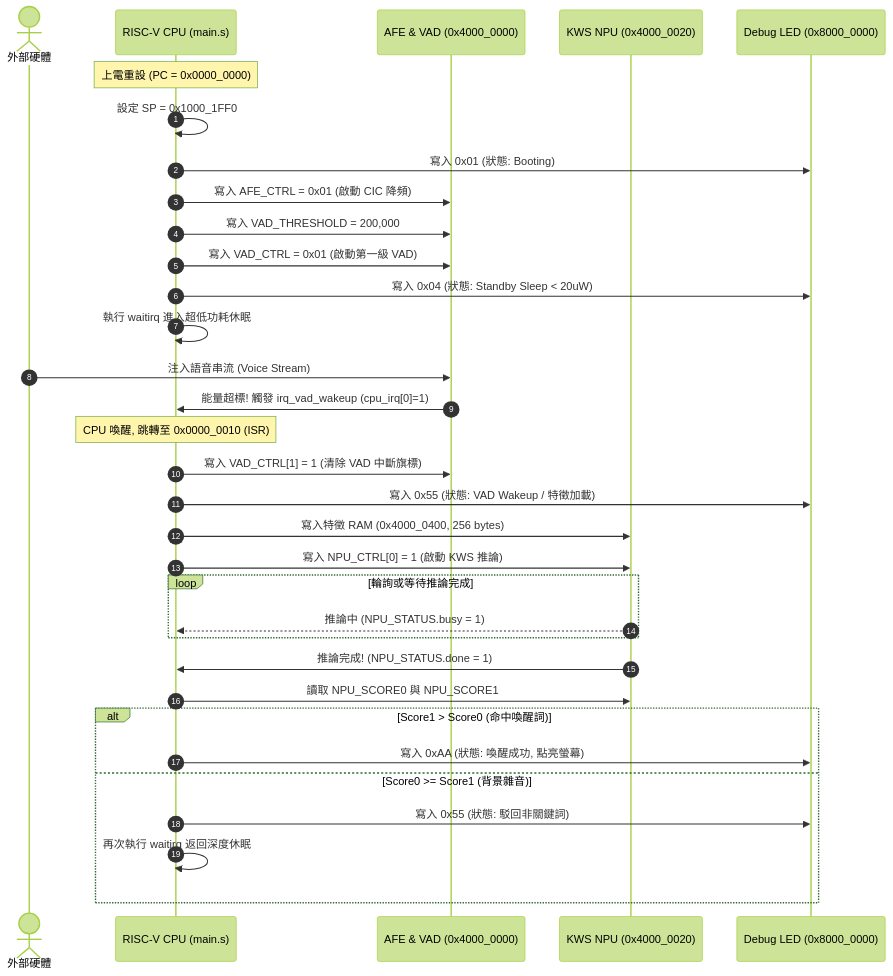
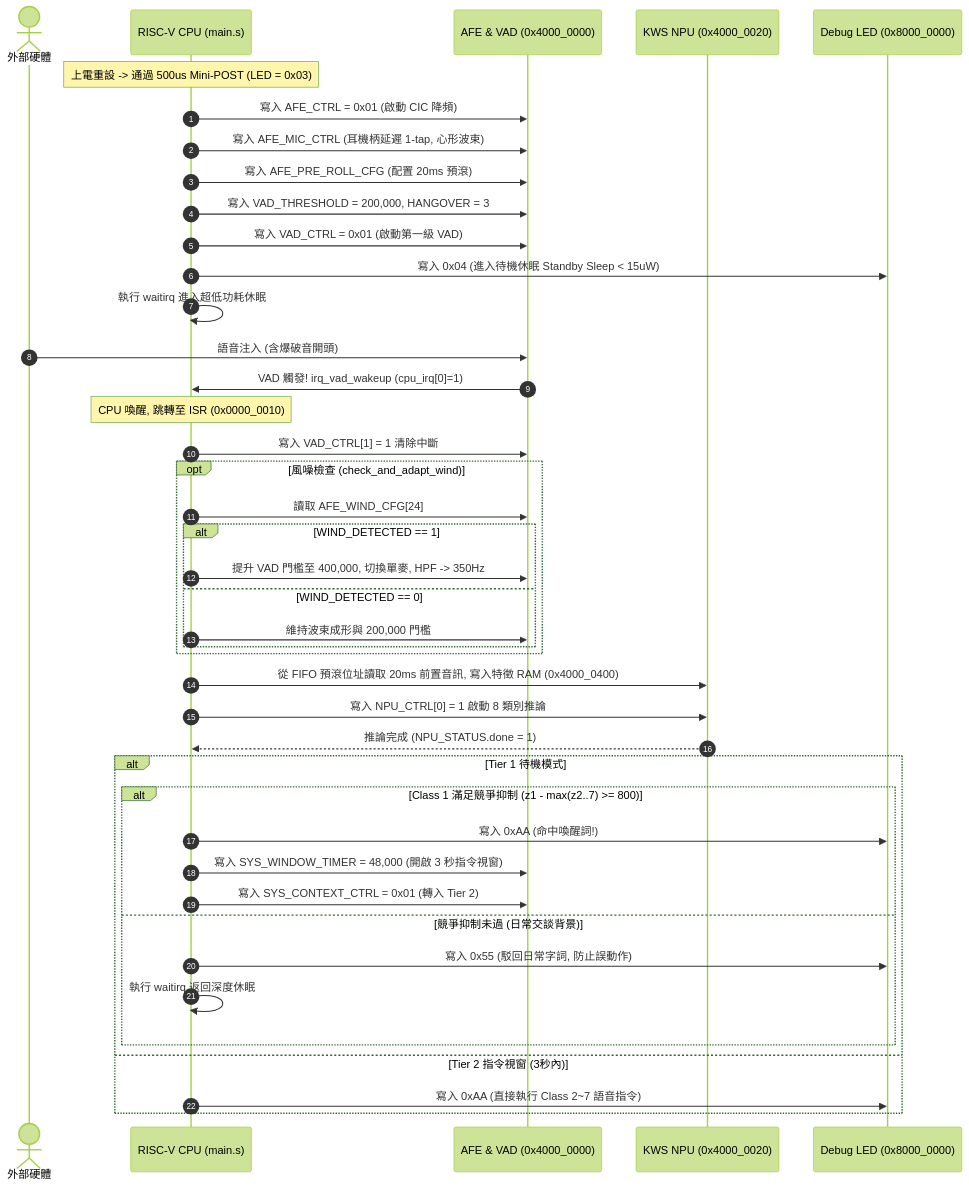
Before and after one commit to tony126051/smartwatch_soc: the diagram in docs/spec/03_firmware_and_software_spec.md, drawn with Mermaid (forest theme). The commit also changed other lines of this file and 34 other files, not shown here.

````diff
--- a/docs/spec/03_firmware_and_software_spec.md
+++ b/docs/spec/03_firmware_and_software_spec.md
@@ -51,39 +67,49 @@
 ```mermaid
 sequenceDiagram
     autonumber
     actor HW as 外部硬體
     participant CPU as RISC-V CPU (main.s)
     participant AFE as AFE & VAD (0x4000_0000)
     participant NPU as KWS NPU (0x4000_0020)
     participant LED as Debug LED (0x8000_0000)
 
-    Note over CPU: 上電重設 (PC = 0x0000_0000)
-    CPU->>CPU: 設定 SP = 0x1000_1FF0
-    CPU->>LED: 寫入 0x01 (狀態: Booting)
+    Note over CPU: 上電重設 -> 通過 500us Mini-POST (LED = 0x03)
     CPU->>AFE: 寫入 AFE_CTRL = 0x01 (啟動 CIC 降頻)
-    CPU->>AFE: 寫入 VAD_THRESHOLD = 200,000
+    CPU->>AFE: 寫入 AFE_MIC_CTRL (耳機柄延遲 1-tap, 心形波束)
+    CPU->>AFE: 寫入 AFE_PRE_ROLL_CFG (配置 20ms 預滾)
+    CPU->>AFE: 寫入 VAD_THRESHOLD = 200,000, HANGOVER = 3
     CPU->>AFE: 寫入 VAD_CTRL = 0x01 (啟動第一級 VAD)
-    CPU->>LED: 寫入 0x04 (狀態: Standby Sleep < 20uW)
+    CPU->>LED: 寫入 0x04 (進入待機休眠 Standby Sleep < 15uW)
     CPU->>CPU: 執行 waitirq 進入超低功耗休眠
 
-    HW->>AFE: 注入語音串流 (Voice Stream)
-    AFE->>CPU: 能量超標! 觸發 irq_vad_wakeup (cpu_irq[0]=1)
-    Note over CPU: CPU 喚醒, 跳轉至 0x0000_0010 (ISR)
-    CPU->>AFE: 寫入 VAD_CTRL[1] = 1 (清除 VAD 中斷旗標)
-    CPU->>LED: 寫入 0x55 (狀態: VAD Wakeup / 特徵加載)
-    CPU->>NPU: 寫入特徵 RAM (0x4000_0400, 256 bytes)
-    CPU->>NPU: 寫入 NPU_CTRL[0] = 1 (啟動 KWS 推論)
+    HW->>AFE: 語音注入 (含爆破音開頭)
+    AFE->>CPU: VAD 觸發! irq_vad_wakeup (cpu_irq[0]=1)
+    Note over CPU: CPU 喚醒, 跳轉至 ISR (0x0000_0010)
+    CPU->>AFE: 寫入 VAD_CTRL[1] = 1 清除中斷
     
-    loop 輪詢或等待推論完成
-        NPU-->>CPU: 推論中 (NPU_STATUS.busy = 1)
+    opt 風噪檢查 (check_and_adapt_wind)
+        CPU->>AFE: 讀取 AFE_WIND_CFG[24]
+        alt WIND_DETECTED == 1
+            CPU->>AFE: 提升 VAD 門檻至 400,000, 切換單麥, HPF -> 350Hz
+        else WIND_DETECTED == 0
+            CPU->>AFE: 維持波束成形與 200,000 門檻
+        end
     end
-    NPU->>CPU: 推論完成! (NPU_STATUS.done = 1)
-    CPU->>NPU: 讀取 NPU_SCORE0 與 NPU_SCORE1
+
+    CPU->>NPU: 從 FIFO 預滾位址讀取 20ms 前置音訊, 寫入特徵 RAM (0x4000_0400)
+    CPU->>NPU: 寫入 NPU_CTRL[0] = 1 啟動 8 類別推論
+    NPU-->>CPU: 推論完成 (NPU_STATUS.done = 1)
     
-    alt Score1 > Score0 (命中喚醒詞)
-        CPU->>LED: 寫入 0xAA (狀態: 喚醒成功, 點亮螢幕)
-    else Score0 >= Score1 (背景雜音)
-        CPU->>LED: 寫入 0x55 (狀態: 駁回非關鍵詞)
-        CPU->>CPU: 再次執行 waitirq 返回深度休眠
+    alt Tier 1 待機模式
+        alt Class 1 滿足競爭抑制 (z1 - max(z2..7) >= 800)
+            CPU->>LED: 寫入 0xAA (命中喚醒詞!)
+            CPU->>AFE: 寫入 SYS_WINDOW_TIMER = 48,000 (開啟 3 秒指令視窗)
+            CPU->>AFE: 寫入 SYS_CONTEXT_CTRL = 0x01 (轉入 Tier 2)
+        else 競爭抑制未過 (日常交談背景)
+            CPU->>LED: 寫入 0x55 (駁回日常字詞, 防止誤動作)
+            CPU->>CPU: 執行 waitirq 返回深度休眠
+        end
+    else Tier 2 指令視窗 (3秒內)
+        CPU->>LED: 寫入 0xAA (直接執行 Class 2~7 語音指令)
     end
 ```
````
